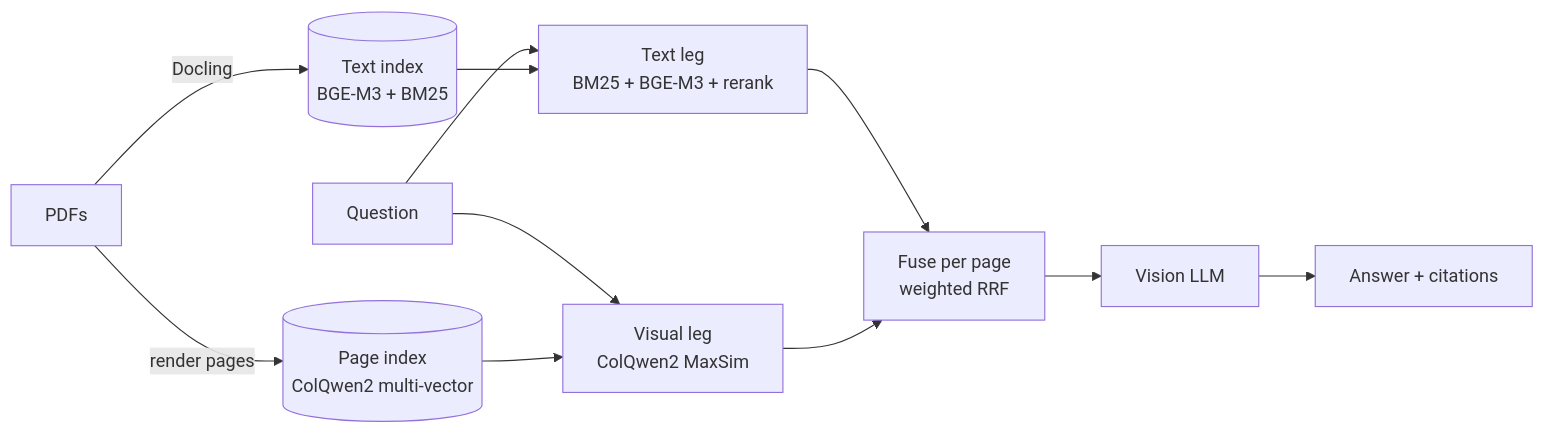
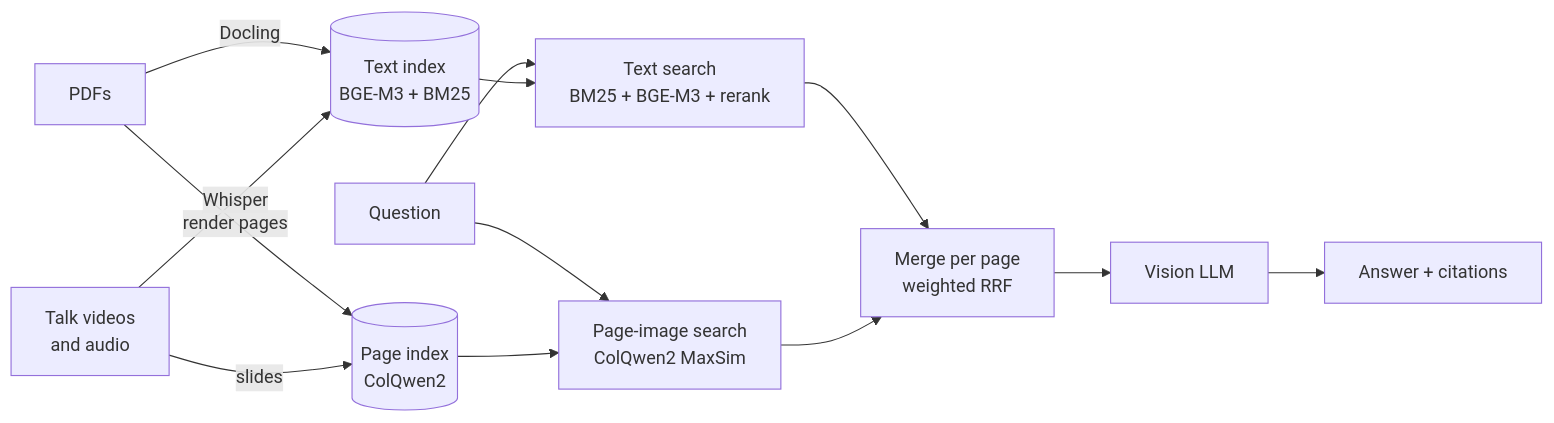
One commit to NorthernLightx/SpectraRAG changed the diagram in README.md. Above: the diagram before and after it, drawn with Mermaid. The commit also changed other lines of this file, not shown here.

````diff
--- a/README.md
+++ b/README.md
@@ -74,13 +42,15 @@
 ```mermaid
 flowchart LR
     PDF[PDFs] -->|Docling| TXTIDX[(Text index<br/>BGE-M3 + BM25)]
-    PDF -->|render pages| VISIDX[(Page index<br/>ColQwen2 multi-vector)]
-    Q[Question] --> TXT[Text leg<br/>BM25 + BGE-M3 + rerank]
-    Q --> VIS[Visual leg<br/>ColQwen2 MaxSim]
+    PDF -->|render pages| PAGEIDX[(Page index<br/>ColQwen2)]
+    REC[Talk videos<br/>and audio] -->|Whisper| TXTIDX
+    REC -->|slides| PAGEIDX
+    Q[Question] --> TXT[Text search<br/>BM25 + BGE-M3 + rerank]
+    Q --> PAGE[Page-image search<br/>ColQwen2 MaxSim]
     TXTIDX --> TXT
-    VISIDX --> VIS
-    TXT --> FUSE[Fuse per page<br/>weighted RRF]
-    VIS --> FUSE
+    PAGEIDX --> PAGE
+    TXT --> FUSE[Merge per page<br/>weighted RRF]
+    PAGE --> FUSE
     FUSE --> LLM[Vision LLM]
     LLM --> A[Answer + citations]
 ```
````
